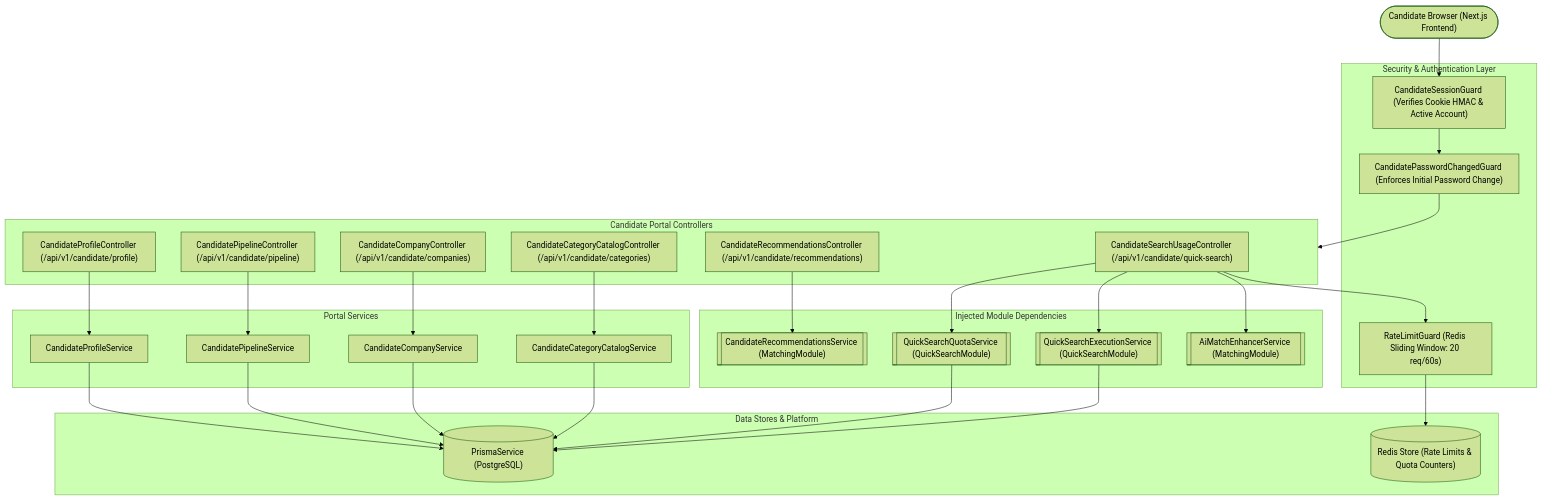
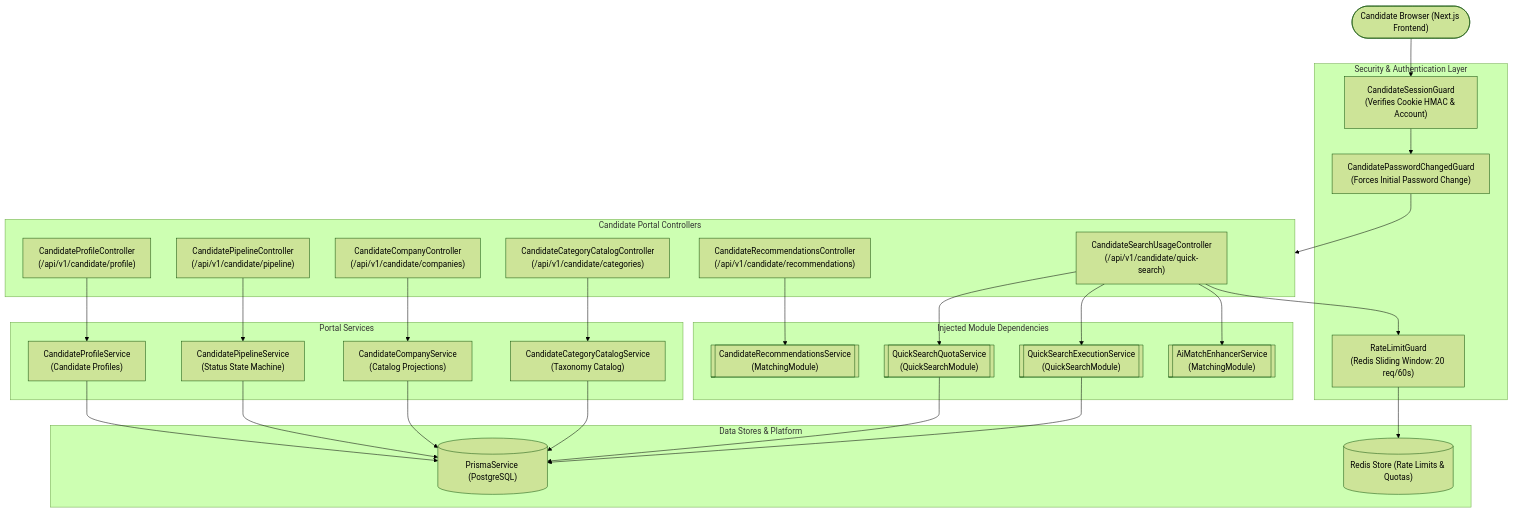
Before and after one commit to MohammadSheakh/job-intelligence: the first of 5 diagrams in .agents/skills/backend-feature-readme/examples/candidate-portal-readme.md, drawn with Mermaid (forest theme). The commit also changed other lines of this file and 19 other files, not shown here.

First line of the commit message:
docs(architecture): add technical diagram specs and enhance feature READMEs

````diff
--- a/.agents/skills/backend-feature-readme/examples/candidate-portal-readme.md
+++ b/.agents/skills/backend-feature-readme/examples/candidate-portal-readme.md
@@ -10,60 +10,60 @@
 ```mermaid
 flowchart TD
     Client(["Candidate Browser (Next.js Frontend)"])
     
     subgraph Guards ["Security & Authentication Layer"]
-        SessionGuard["CandidateSessionGuard (Verifies Cookie HMAC & Active Account)"]
-        PasswordGuard["CandidatePasswordChangedGuard (Enforces Initial Password Change)"]
-        RateLimit["RateLimitGuard (Redis Sliding Window: 20 req/60s)"]
+        SessionGuard["CandidateSessionGuard<br/>(Verifies Cookie HMAC & Account)"]
+        PasswordGuard["CandidatePasswordChangedGuard<br/>(Forces Initial Password Change)"]
+        RateLimit["RateLimitGuard<br/>(Redis Sliding Window: 20 req/60s)"]
     end
     
     subgraph Controllers ["Candidate Portal Controllers"]
-        ProfileCtrl["CandidateProfileController (/api/v1/candidate/profile)"]
-        PipelineCtrl["CandidatePipelineController (/api/v1/candidate/pipeline)"]
-        CompanyCtrl["CandidateCompanyController (/api/v1/candidate/companies)"]
-        RecsCtrl["CandidateRecommendationsController (/api/v1/candidate/recommendations)"]
-        SearchCtrl["CandidateSearchUsageController (/api/v1/candidate/quick-search)"]
-        CatalogCtrl["CandidateCategoryCatalogController (/api/v1/candidate/categories)"]
+        ProfileCtrl["CandidateProfileController<br/>(/api/v1/candidate/profile)"]
+        PipelineCtrl["CandidatePipelineController<br/>(/api/v1/candidate/pipeline)"]
+        CompanyCtrl["CandidateCompanyController<br/>(/api/v1/candidate/companies)"]
+        RecsCtrl["CandidateRecommendationsController<br/>(/api/v1/candidate/recommendations)"]
+        SearchCtrl["CandidateSearchUsageController<br/>(/api/v1/candidate/quick-search)"]
+        CatalogCtrl["CandidateCategoryCatalogController<br/>(/api/v1/candidate/categories)"]
     end
 
     subgraph InternalServices ["Portal Services"]
-        ProfileSvc["CandidateProfileService"]
-        PipelineSvc["CandidatePipelineService"]
-        CompanySvc["CandidateCompanyService"]
-        CatalogSvc["CandidateCategoryCatalogService"]
+        ProfileSvc["CandidateProfileService<br/>(Candidate Profiles)"]
+        PipelineSvc["CandidatePipelineService<br/>(Status State Machine)"]
+        CompanySvc["CandidateCompanyService<br/>(Catalog Projections)"]
+        CatalogSvc["CandidateCategoryCatalogService<br/>(Taxonomy Catalog)"]
     end
 
     subgraph CrossModuleDependencies ["Injected Module Dependencies"]
-        RecsSvc[["CandidateRecommendationsService (MatchingModule)"]]
-        QuotaSvc[["QuickSearchQuotaService (QuickSearchModule)"]]
-        ExecSvc[["QuickSearchExecutionService (QuickSearchModule)"]]
-        AiSvc[["AiMatchEnhancerService (MatchingModule)"]]
+        RecsSvc[["CandidateRecommendationsService<br/>(MatchingModule)"]]
+        QuotaSvc[["QuickSearchQuotaService<br/>(QuickSearchModule)"]]
+        ExecSvc[["QuickSearchExecutionService<br/>(QuickSearchModule)"]]
+        AiSvc[["AiMatchEnhancerService<br/>(MatchingModule)"]]
     end
 
     subgraph DataStorage ["Data Stores & Platform"]
         Prisma[("PrismaService (PostgreSQL)")]
-        RedisStore[("Redis Store (Rate Limits & Quota Counters)")]
+        RedisStore[("Redis Store (Rate Limits & Quotas)")]
     end
 
     Client --> SessionGuard
     SessionGuard --> PasswordGuard
     PasswordGuard --> Controllers
     SearchCtrl --> RateLimit
 
     ProfileCtrl --> ProfileSvc
     PipelineCtrl --> PipelineSvc
     CompanyCtrl --> CompanySvc
     CatalogCtrl --> CatalogSvc
     RecsCtrl --> RecsSvc
     SearchCtrl --> QuotaSvc
     SearchCtrl --> ExecSvc
     SearchCtrl --> AiSvc
 
     ProfileSvc --> Prisma
     PipelineSvc --> Prisma
     CompanySvc --> Prisma
     CatalogSvc --> Prisma
     QuotaSvc --> Prisma
     ExecSvc --> Prisma
     RateLimit --> RedisStore
 ```
````
